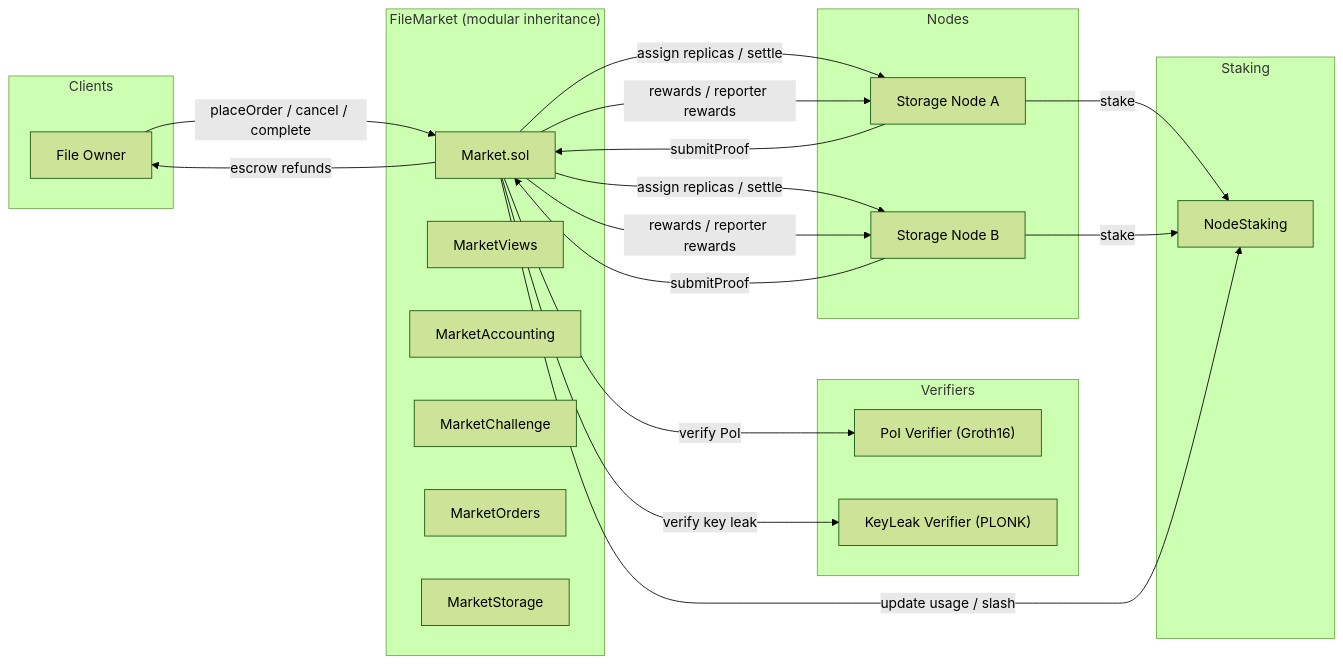
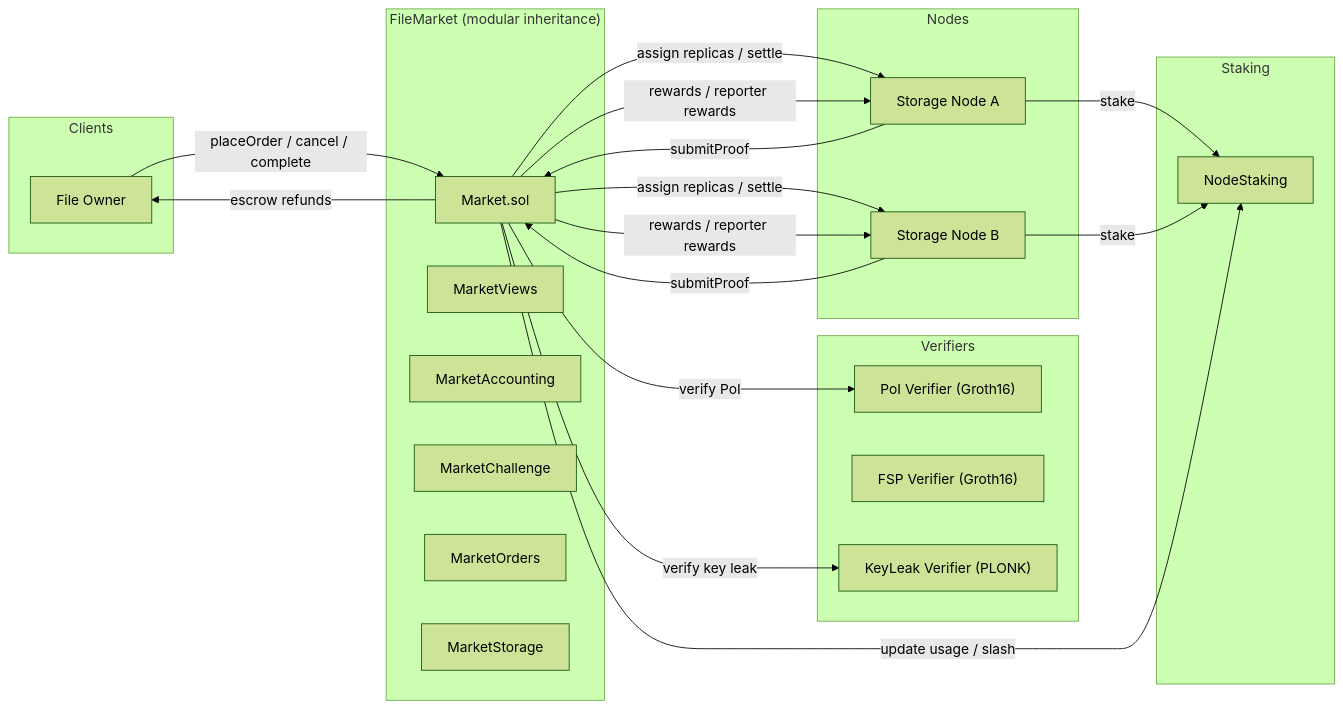
The diagram in README.md (MuriData/muri-contracts), drawn with Mermaid (forest theme) before and after one commit. The commit also changed other lines of this file, not shown here.

````diff
--- a/README.md
+++ b/README.md
@@ -151,39 +154,40 @@
 ```mermaid
 flowchart LR
     subgraph Clients
         Client[File Owner]
     end
     subgraph Market["FileMarket (modular inheritance)"]
         FM[Market.sol]
         MV[MarketViews]
         MA[MarketAccounting]
         MC[MarketChallenge]
         MO[MarketOrders]
         MS[MarketStorage]
     end
     subgraph Staking
         NS[NodeStaking]
     end
     subgraph Verifiers
         PoI[PoI Verifier &lpar;Groth16&rpar;]
+        FSP[FSP Verifier &lpar;Groth16&rpar;]
         KL[KeyLeak Verifier &lpar;PLONK&rpar;]
     end
     subgraph Nodes
         NodeA[Storage Node A]
         NodeB[Storage Node B]
     end
 
     Client -->|placeOrder / cancel / complete| FM
     NodeA -->|stake| NS
     NodeB -->|stake| NS
     FM -->|update usage / slash| NS
     FM -->|assign replicas / settle| NodeA
     FM -->|assign replicas / settle| NodeB
     NodeA -->|submitProof| FM
     NodeB -->|submitProof| FM
     FM -->|verify PoI| PoI
     FM -->|verify key leak| KL
     FM -->|escrow refunds| Client
     FM -->|rewards / reporter rewards| NodeA
     FM -->|rewards / reporter rewards| NodeB
 ```
````
